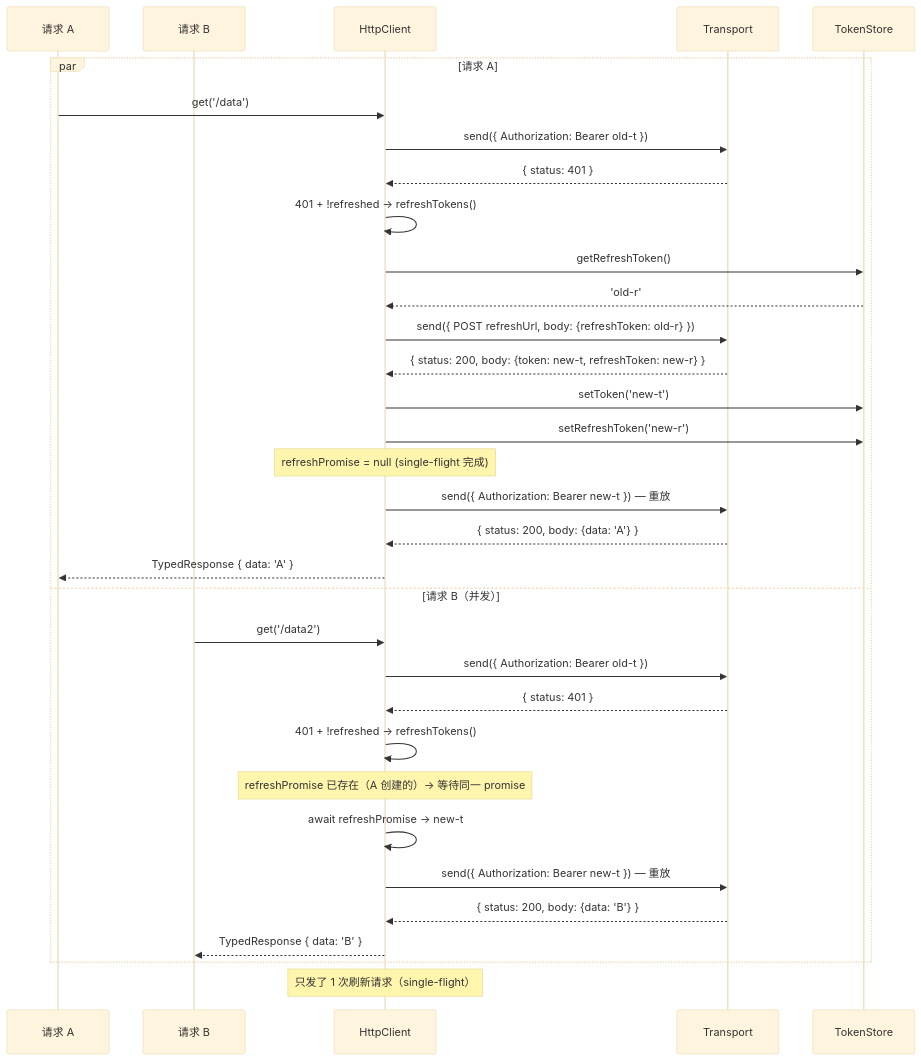
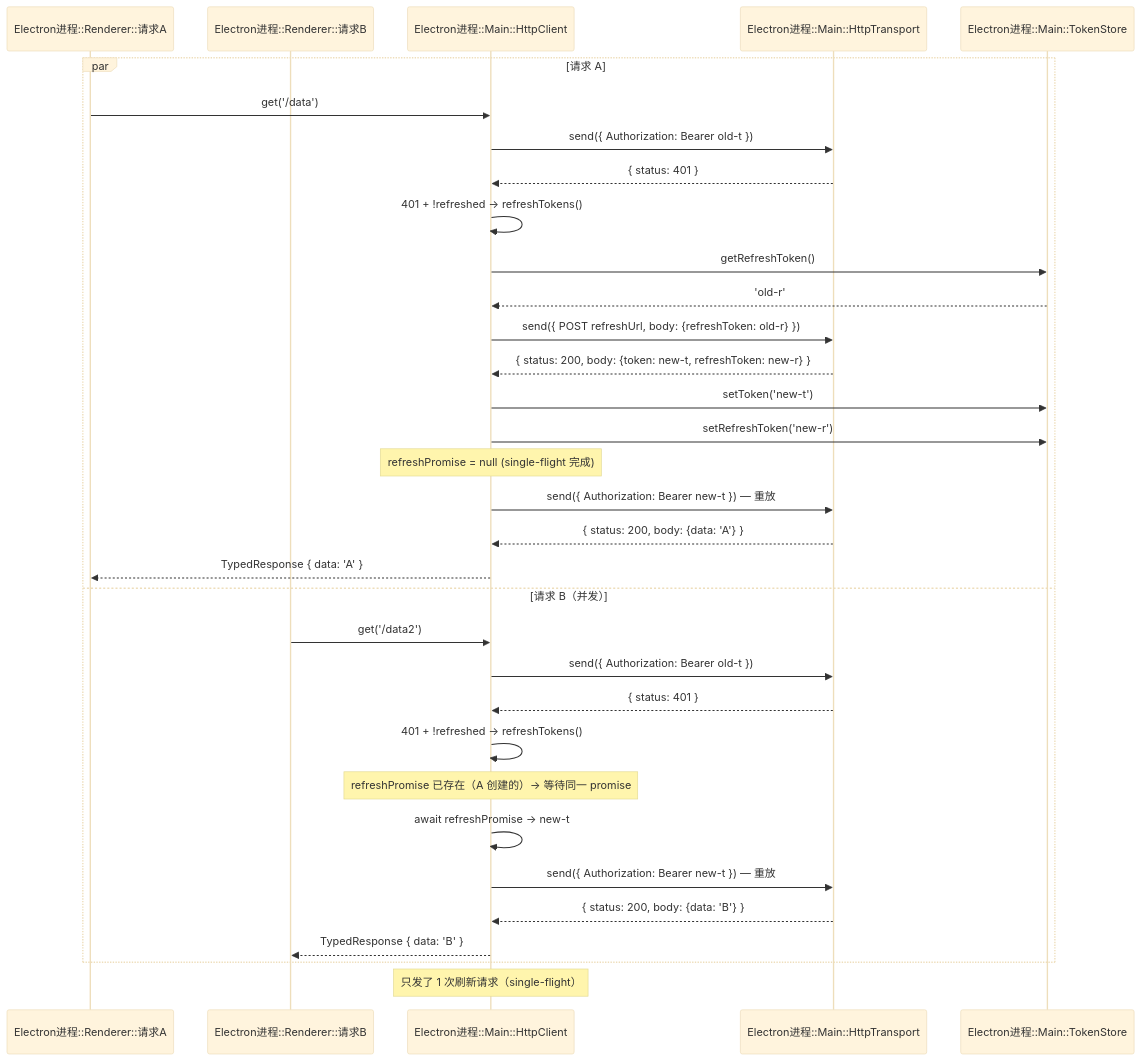
The tenth of 12 diagrams in docs/architecture-diagrams.md (lupnfer/vue_with_csdk), drawn with Mermaid (base theme) before and after one commit. The commit also changed other lines of this file, not shown here.

Commit message:
docs: 统一时序图 participant 命名为 Electron进程::模块 格式

````diff
--- a/docs/architecture-diagrams.md
+++ b/docs/architecture-diagrams.md
@@ -499,37 +499,37 @@
 ```mermaid
 sequenceDiagram
-    participant R1 as 请求 A
-    participant R2 as 请求 B
-    participant H as HttpClient
-    participant T as Transport
-    participant TS as TokenStore
+    participant R1 as Electron进程::Renderer::请求A
+    participant R2 as Electron进程::Renderer::请求B
+    participant H as Electron进程::Main::HttpClient
+    participant T as Electron进程::Main::HttpTransport
+    participant TS as Electron进程::Main::TokenStore
 
     par 请求 A
         R1->>H: get('/data')
         H->>T: send({ Authorization: Bearer old-t })
         T-->>H: { status: 401 }
         H->>H: 401 + !refreshed → refreshTokens()
         H->>TS: getRefreshToken()
         TS-->>H: 'old-r'
         H->>T: send({ POST refreshUrl, body: {refreshToken: old-r} })
         T-->>H: { status: 200, body: {token: new-t, refreshToken: new-r} }
         H->>TS: setToken('new-t')
         H->>TS: setRefreshToken('new-r')
         Note over H: refreshPromise = null (single-flight 完成)
         H->>T: send({ Authorization: Bearer new-t }) — 重放
         T-->>H: { status: 200, body: {data: 'A'} }
         H-->>R1: TypedResponse { data: 'A' }
     and 请求 B（并发）
         R2->>H: get('/data2')
         H->>T: send({ Authorization: Bearer old-t })
         T-->>H: { status: 401 }
         H->>H: 401 + !refreshed → refreshTokens()
         Note over H: refreshPromise 已存在（A 创建的）→ 等待同一 promise
         H->>H: await refreshPromise → new-t
         H->>T: send({ Authorization: Bearer new-t }) — 重放
         T-->>H: { status: 200, body: {data: 'B'} }
         H-->>R2: TypedResponse { data: 'B' }
     end
 
     Note over H: 只发了 1 次刷新请求（single-flight）
 ```
````
